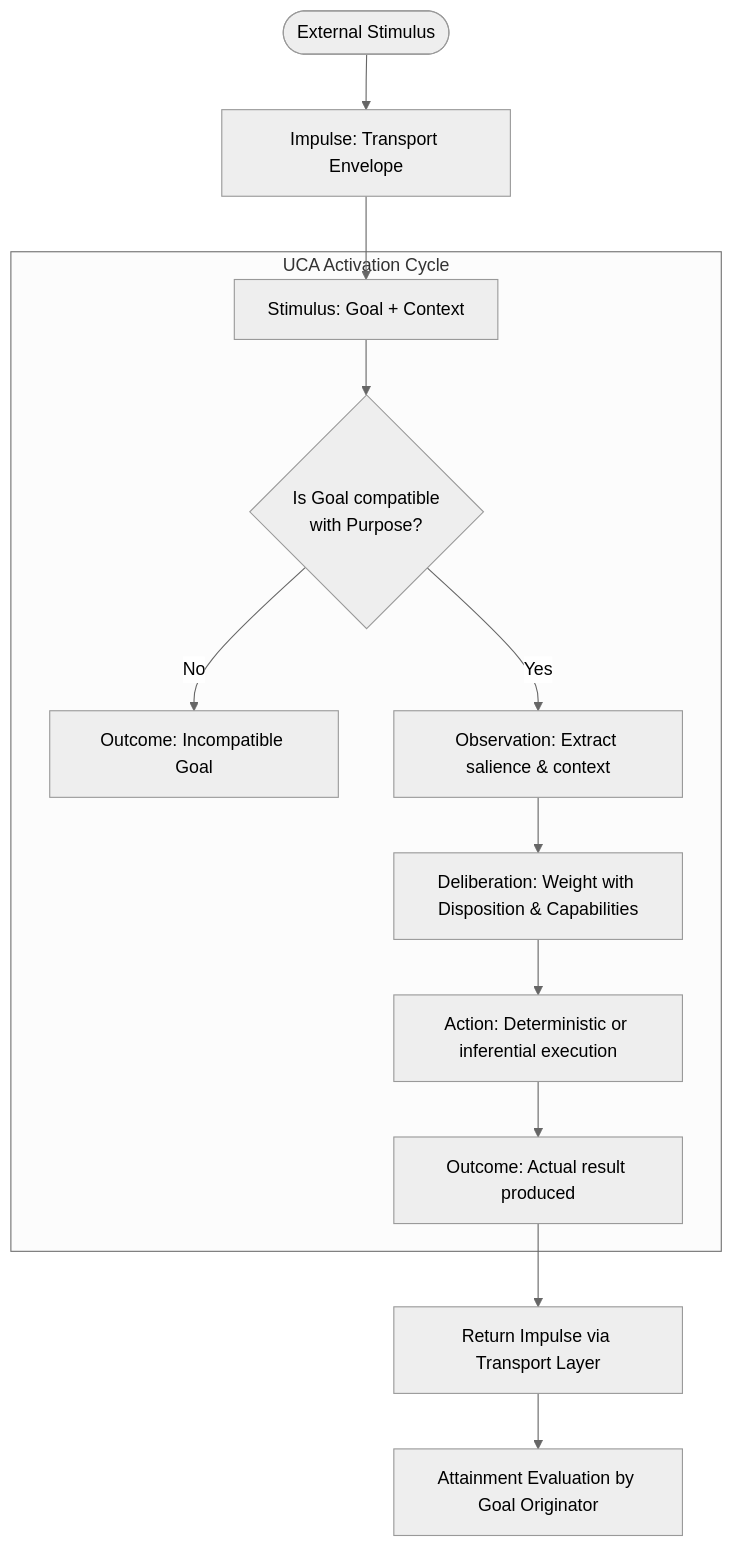
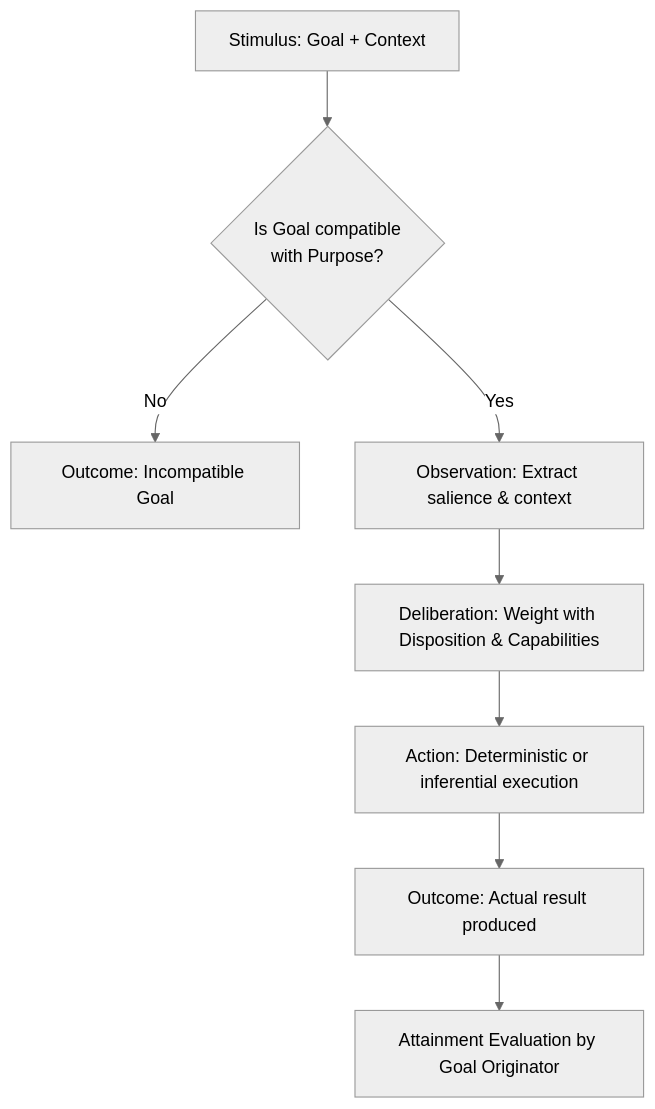
Before and after one commit to christian-marino-alvarez/uca-specification: the diagram in README.md, drawn with Mermaid (neutral theme). The commit also changed other lines of this file and 3 other files, not shown here.

Commit message:
feat(spec): refine UCA core to minimal properties, decouple runtime and cognitive architecture, define conformance

````diff
--- a/README.md
+++ b/README.md
@@ -68,17 +116,10 @@
 ```mermaid
 flowchart TD
-    EXT([External Stimulus]) --> IMP[Impulse: Transport Envelope]
-    IMP --> STIM[Stimulus: Goal + Context]
-    
-    subgraph UCA [UCA Activation Cycle]
-        STIM --> VAL{Is Goal compatible<br/>with Purpose?}
-        VAL -- No --> REJ[Outcome: Incompatible Goal]
-        VAL -- Yes --> OBS[Observation: Extract salience & context]
-        OBS --> DEC[Deliberation: Weight with Disposition & Capabilities]
-        DEC --> ACT[Action: Deterministic or inferential execution]
-        ACT --> OUT[Outcome: Actual result produced]
-    end
-    
-    OUT --> RET[Return Impulse via Transport Layer]
-    RET --> ATT[Attainment Evaluation by Goal Originator]
+    STIM[Stimulus: Goal + Context] --> VAL{Is Goal compatible<br/>with Purpose?}
+    VAL -- No --> REJ[Outcome: Incompatible Goal]
+    VAL -- Yes --> OBS[Observation: Extract salience & context]
+    OBS --> DEC[Deliberation: Weight with Disposition & Capabilities]
+    DEC --> ACT[Action: Deterministic or inferential execution]
+    ACT --> OUT[Outcome: Actual result produced]
+    OUT --> ATT[Attainment Evaluation by Goal Originator]
 ```
````
